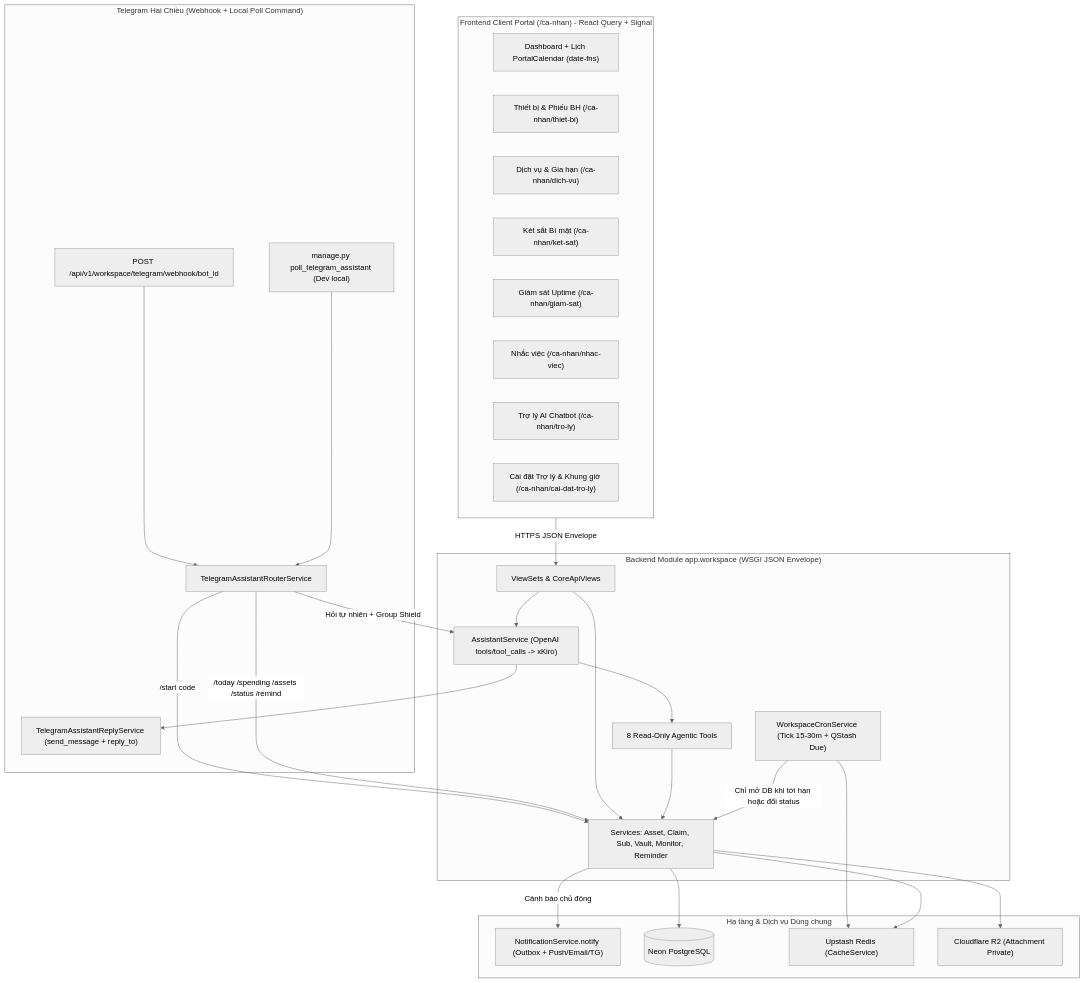
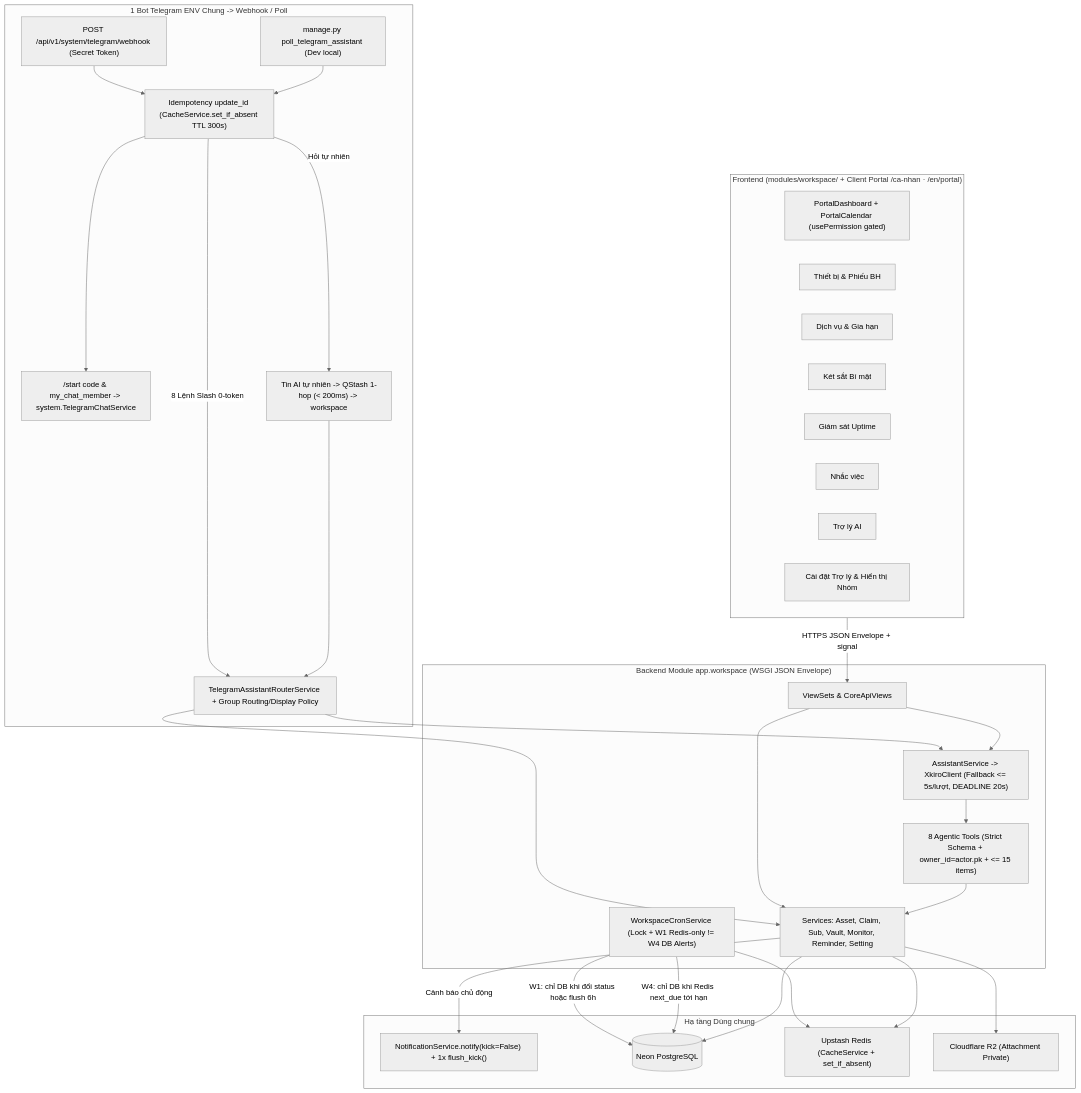
One commit to IamXuanToan/ToanNX changed the first of 2 diagrams in docs/plans/2026/11/25/personal-assistant-plan.md. Above: the diagram before and after it, drawn with Mermaid (neutral theme). The commit also changed other lines of this file and 449 other files, not shown here.

First line of the commit message:
feat(workspace, portal): add personal workspace module and ai assistant

````diff
--- a/docs/plans/2026/11/25/personal-assistant-plan.md
+++ b/docs/plans/2026/11/25/personal-assistant-plan.md
@@ -71,52 +77,56 @@
 ```mermaid
 flowchart TD
-    subgraph FE ["Frontend Client Portal (/ca-nhan) - React Query + Signal"]
-        Dash["Dashboard + Lịch PortalCalendar (date-fns)"]
-        Assets["Thiết bị & Phiếu BH (/ca-nhan/thiet-bi)"]
-        Subs["Dịch vụ & Gia hạn (/ca-nhan/dich-vu)"]
-        Vault["Két sắt Bí mật (/ca-nhan/ket-sat)"]
-        Monitor["Giám sát Uptime (/ca-nhan/giam-sat)"]
-        Reminder["Nhắc việc (/ca-nhan/nhac-viec)"]
-        ChatUI["Trợ lý AI Chatbot (/ca-nhan/tro-ly)"]
-        SettingsUI["Cài đặt Trợ lý & Khung giờ (/ca-nhan/cai-dat-tro-ly)"]
+    subgraph FE ["Frontend (modules/workspace/ + Client Portal /ca-nhan · /en/portal)"]
+        Dash["PortalDashboard + PortalCalendar (usePermission gated)"]
+        Assets["Thiết bị & Phiếu BH"]
+        Subs["Dịch vụ & Gia hạn"]
+        Vault["Két sắt Bí mật"]
+        Monitor["Giám sát Uptime"]
+        Reminder["Nhắc việc"]
+        ChatUI["Trợ lý AI"]
+        SettingsUI["Cài đặt Trợ lý & Hiển thị Nhóm"]
     end
 
-    subgraph TG ["Telegram Hai Chiều (Webhook + Local Poll Command)"]
-        TG_Webhook["POST /api/v1/workspace/telegram/webhook/bot_id"]
+    subgraph TG ["1 Bot Telegram ENV Chung -> Webhook / Poll"]
+        TG_Webhook["POST /api/v1/system/telegram/webhook (Secret Token)"]
         TG_Poll["manage.py poll_telegram_assistant (Dev local)"]
-        TG_Router["TelegramAssistantRouterService"]
-        TG_Reply["TelegramAssistantReplyService (send_message + reply_to)"]
+        TG_Dedup["Idempotency update_id (CacheService.set_if_absent TTL 300s)"]
+        TG_Reg["/start code & my_chat_member -> system.TelegramChatService"]
+        TG_QStash["Tin AI tự nhiên -> QStash 1-hop (< 200ms) -> workspace"]
+        TG_Router["TelegramAssistantRouterService + Group Routing/Display Policy"]
     end
 
     subgraph BE ["Backend Module app.workspace (WSGI JSON Envelope)"]
         API["ViewSets & CoreApiViews"]
-        Cron["WorkspaceCronService (Tick 15-30m + QStash Due)"]
-        AI["AssistantService (OpenAI tools/tool_calls -> xKiro)"]
-        Tools["8 Read-Only Agentic Tools"]
-        Svc["Services: Asset, Claim, Sub, Vault, Monitor, Reminder"]
+        Cron["WorkspaceCronService (Lock + W1 Redis-only != W4 DB Alerts)"]
+        AI["AssistantService -> XkiroClient (Fallback <= 5s/lượt, DEADLINE 20s)"]
+        Tools["8 Agentic Tools (Strict Schema + owner_id=actor.pk + <= 15 items)"]
+        Svc["Services: Asset, Claim, Sub, Vault, Monitor, Reminder, Setting"]
     end
 
-    subgraph Core ["Hạ tầng & Dịch vụ Dùng chung"]
-        Notify["NotificationService.notify (Outbox + Push/Email/TG)"]
+    subgraph Core ["Hạ tầng Dùng chung"]
+        Notify["NotificationService.notify(kick=False) + 1x flush_kick()"]
         DB[("Neon PostgreSQL")]
-        Redis["Upstash Redis (CacheService)"]
+        Redis["Upstash Redis (CacheService + set_if_absent)"]
         R2["Cloudflare R2 (Attachment Private)"]
     end
 
-    FE -->|HTTPS JSON Envelope| API
-    TG_Webhook --> TG_Router
-    TG_Poll --> TG_Router
-    TG_Router -->|/start code| Svc
-    TG_Router -->|/today /spending /assets /status /remind| Svc
-    TG_Router -->|Hỏi tự nhiên + Group Shield| AI --> TG_Reply
+    FE -->|HTTPS JSON Envelope + signal| API
+    TG_Webhook --> TG_Dedup --> TG_Reg
+    TG_Dedup -->|8 Lệnh Slash 0-token| TG_Router
+    TG_Dedup -->|Hỏi tự nhiên| TG_QStash --> TG_Router
+    TG_Poll --> TG_Dedup
+    TG_Router --> Svc
+    TG_Router --> AI
 
     API --> Svc
     API --> AI
     AI --> Tools --> Svc
     Cron --> Redis
-    Cron -->|Chỉ mở DB khi tới hạn hoặc đổi status| Svc
+    Cron -->|W1: chỉ DB khi đổi status hoặc flush 6h| DB
+    Cron -->|W4: chỉ DB khi Redis next_due tới hạn| DB
     Svc -->|Cảnh báo chủ động| Notify
     Svc --> DB
     Svc --> Redis
     Svc --> R2
 ```
````
